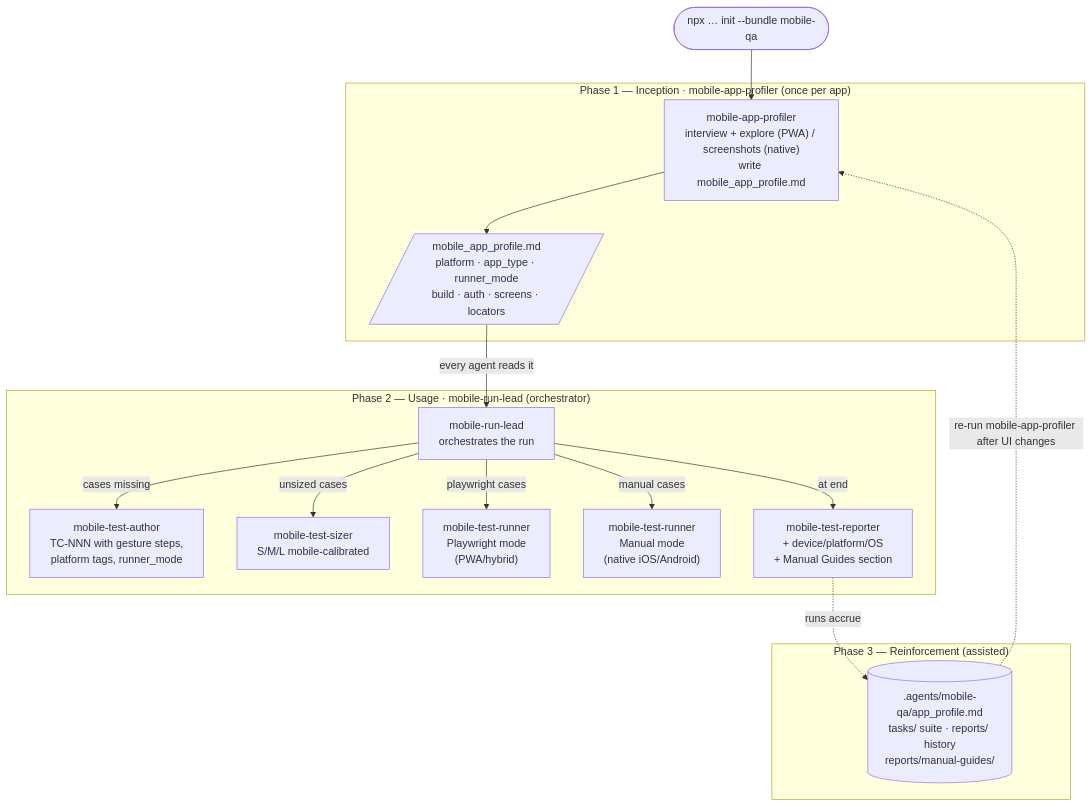
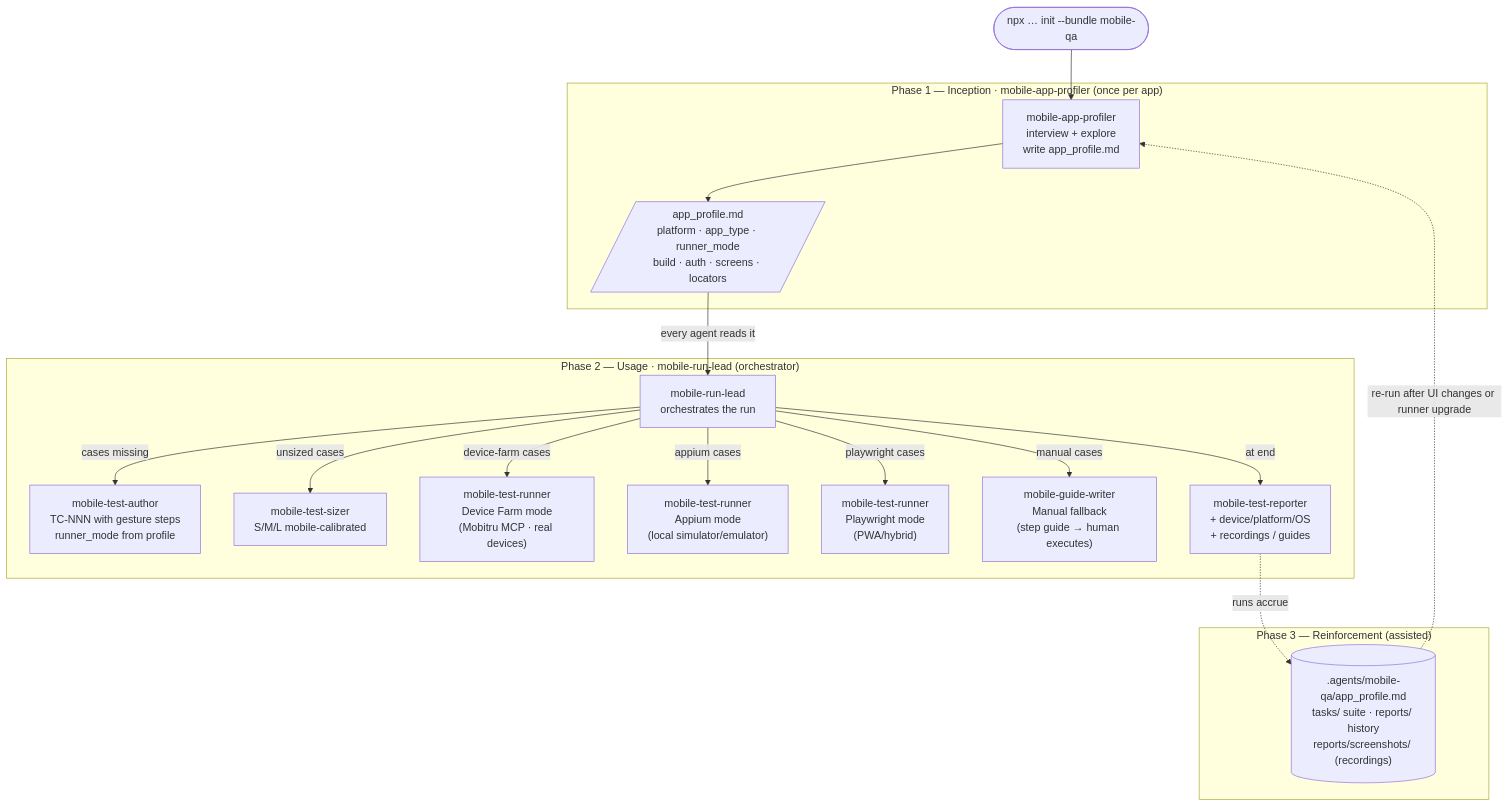
The diagram in bundles/mobile-qa/README.md (arozumenko/sdlc-skills), drawn with Mermaid before and after one commit. The commit also changed other lines of this file and 5 other files, not shown here.

````diff
--- a/bundles/mobile-qa/README.md
+++ b/bundles/mobile-qa/README.md
@@ -50,33 +68,37 @@
 ```mermaid
 flowchart TD
     install(["npx … init --bundle mobile-qa"]) --> profiler
 
     subgraph p1["Phase 1 — Inception · mobile-app-profiler (once per app)"]
-        profiler["mobile-app-profiler\ninterview + explore (PWA) / screenshots (native)\nwrite mobile_app_profile.md"]
-        profile[/"mobile_app_profile.md\nplatform · app_type · runner_mode\nbuild · auth · screens · locators"/]
+        profiler["mobile-app-profiler\ninterview + explore\nwrite app_profile.md"]
+        profile[/"app_profile.md\nplatform · app_type · runner_mode\nbuild · auth · screens · locators"/]
         profiler --> profile
     end
 
     subgraph p2["Phase 2 — Usage · mobile-run-lead (orchestrator)"]
         lead["mobile-run-lead\norchestrates the run"]
-        author["mobile-test-author\nTC-NNN with gesture steps,\nplatform tags, runner_mode"]
+        author["mobile-test-author\nTC-NNN with gesture steps\nrunner_mode from profile"]
         sizer["mobile-test-sizer\nS/M/L mobile-calibrated"]
+        runner_df["mobile-test-runner\nDevice Farm mode\n(Mobitru MCP · real devices)"]
+        runner_ap["mobile-test-runner\nAppium mode\n(local simulator/emulator)"]
         runner_pw["mobile-test-runner\nPlaywright mode\n(PWA/hybrid)"]
-        runner_mn["mobile-test-runner\nManual mode\n(native iOS/Android)"]
-        reporter["mobile-test-reporter\n+ device/platform/OS\n+ Manual Guides section"]
+        runner_gw["mobile-guide-writer\nManual fallback\n(step guide → human executes)"]
+        reporter["mobile-test-reporter\n+ device/platform/OS\n+ recordings / guides"]
         lead -->|"cases missing"| author
         lead -->|"unsized cases"| sizer
+        lead -->|"device-farm cases"| runner_df
+        lead -->|"appium cases"| runner_ap
         lead -->|"playwright cases"| runner_pw
-        lead -->|"manual cases"| runner_mn
+        lead -->|"manual cases"| runner_gw
         lead -->|"at end"| reporter
     end
 
     profile -->|"every agent reads it"| lead
 
     subgraph p3["Phase 3 — Reinforcement (assisted)"]
-        artifacts[(".agents/mobile-qa/app_profile.md\ntasks/ suite · reports/ history\nreports/manual-guides/")]
+        artifacts[(".agents/mobile-qa/app_profile.md\ntasks/ suite · reports/ history\nreports/screenshots/ (recordings)")]
     end
 
     reporter -. "runs accrue" .-> artifacts
-    artifacts -. "re-run mobile-app-profiler after UI changes" .-> profiler
+    artifacts -. "re-run after UI changes or runner upgrade" .-> profiler
 ```
````
